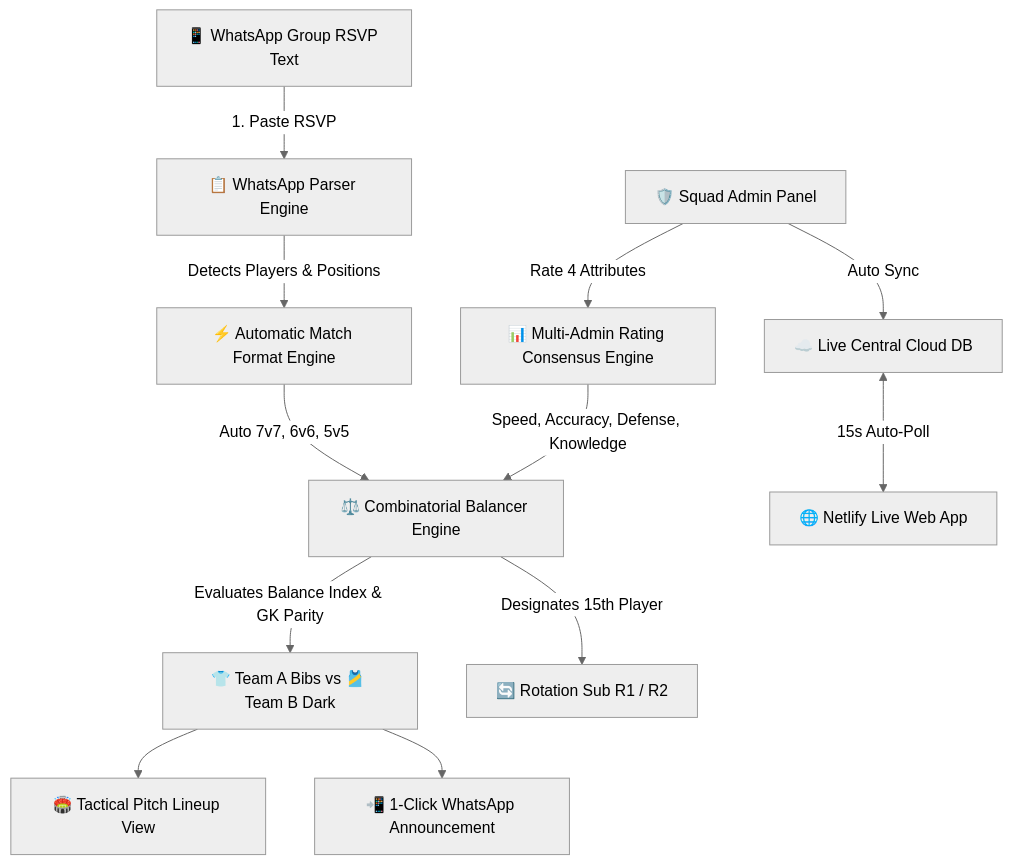
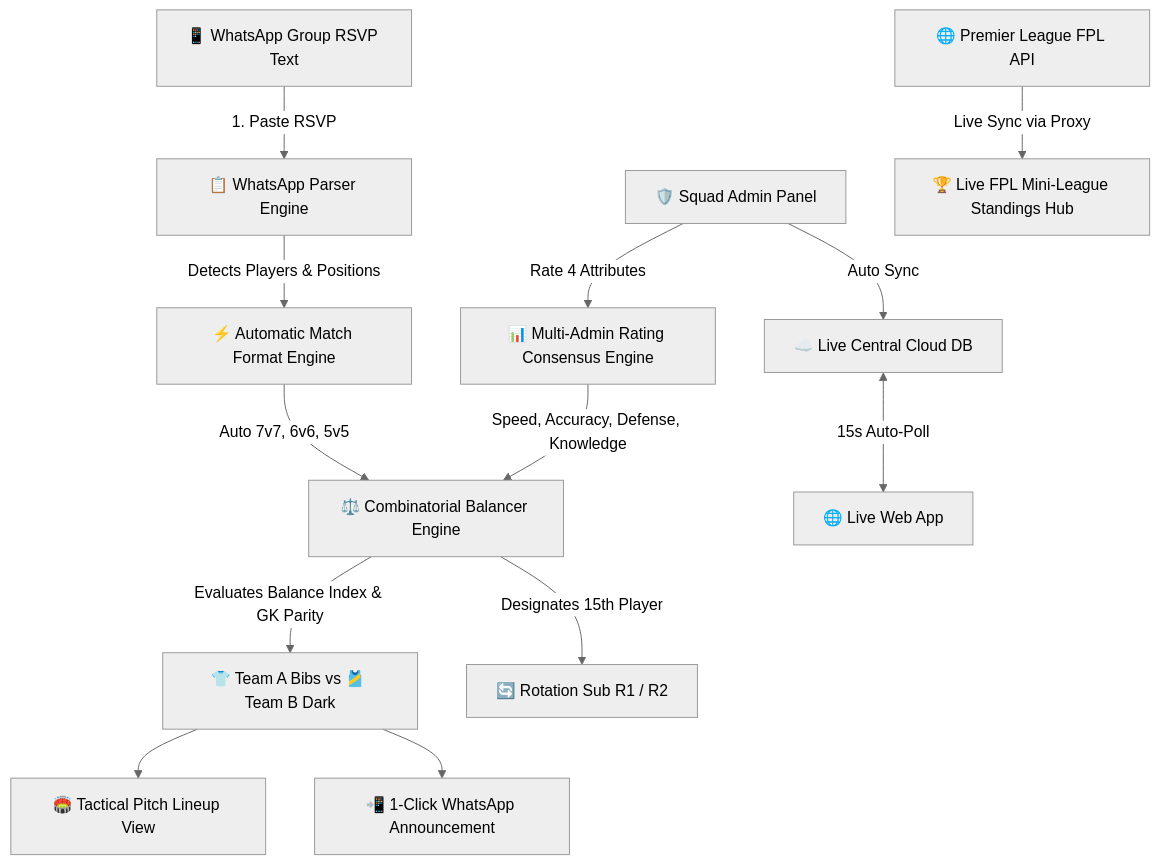
The diagram in README.md (jittujadav/fc-calle-munde), drawn with Mermaid (neutral theme) before and after one commit. The commit also changed other lines of this file, not shown here.

Commit message:
docs: update README.md with FPL Fantasy Hub & EA FC redesign documentation

````diff
--- a/README.md
+++ b/README.md
@@ -13,19 +14,21 @@
 ```mermaid
 flowchart TD
     A[📱 WhatsApp Group RSVP Text] -->|1. Paste RSVP| B[📋 WhatsApp Parser Engine]
     B -->|Detects Players & Positions| C[⚡ Automatic Match Format Engine]
     
     C -->|Auto 7v7, 6v6, 5v5| D[⚖️ Combinatorial Balancer Engine]
     
     E[🛡️ Squad Admin Panel] -->|Rate 4 Attributes| F[📊 Multi-Admin Rating Consensus Engine]
     F -->|Speed, Accuracy, Defense, Knowledge| D
     
     D -->|Evaluates Balance Index & GK Parity| G[👕 Team A Bibs vs 🎽 Team B Dark]
     D -->|Designates 15th Player| H[🔄 Rotation Sub R1 / R2]
     
     G --> I[🏟️ Tactical Pitch Lineup View]
     G --> J[📲 1-Click WhatsApp Announcement]
     
+    M[🌐 Premier League FPL API] -->|Live Sync via Proxy| N[🏆 Live FPL Mini-League Standings Hub]
+    
     E -->|Auto Sync| K[☁️ Live Central Cloud DB]
-    K <-->|15s Auto-Poll| L[🌐 Netlify Live Web App]
+    K <-->|15s Auto-Poll| L[🌐 Live Web App]
 ```
````
